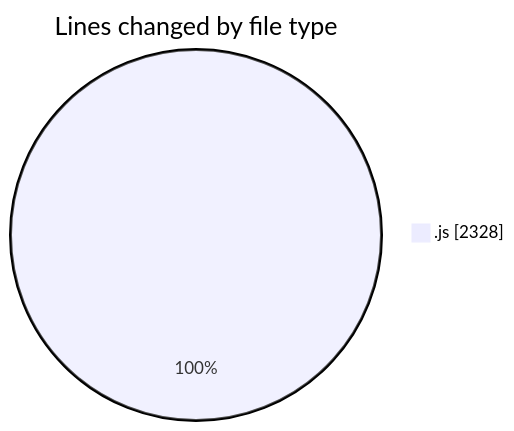
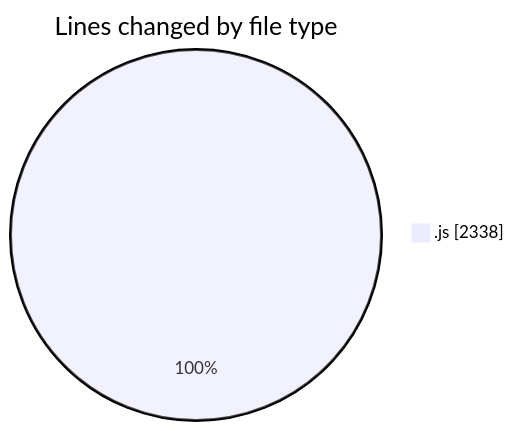
One commit to nxtqubesakshisongat/code-tracking changed the first of 2 diagrams in 2026-01-04/nxtqube_webapp/README.md. Above: the diagram before and after it, drawn with Mermaid. The commit also changed other lines of this file and 1 other file, not shown here.

````diff
--- a/2026-01-04/nxtqube_webapp/README.md
+++ b/2026-01-04/nxtqube_webapp/README.md
@@ -20,5 +20,5 @@
 ```mermaid
 pie showData
 title Lines changed by file type
-".js" : 2328
+".js" : 2338
 ```
````
